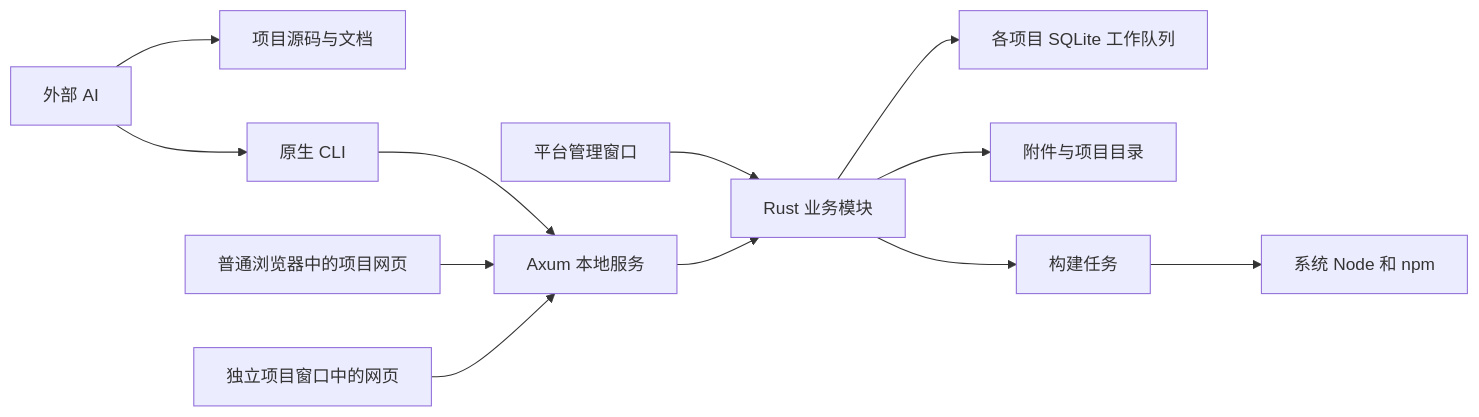
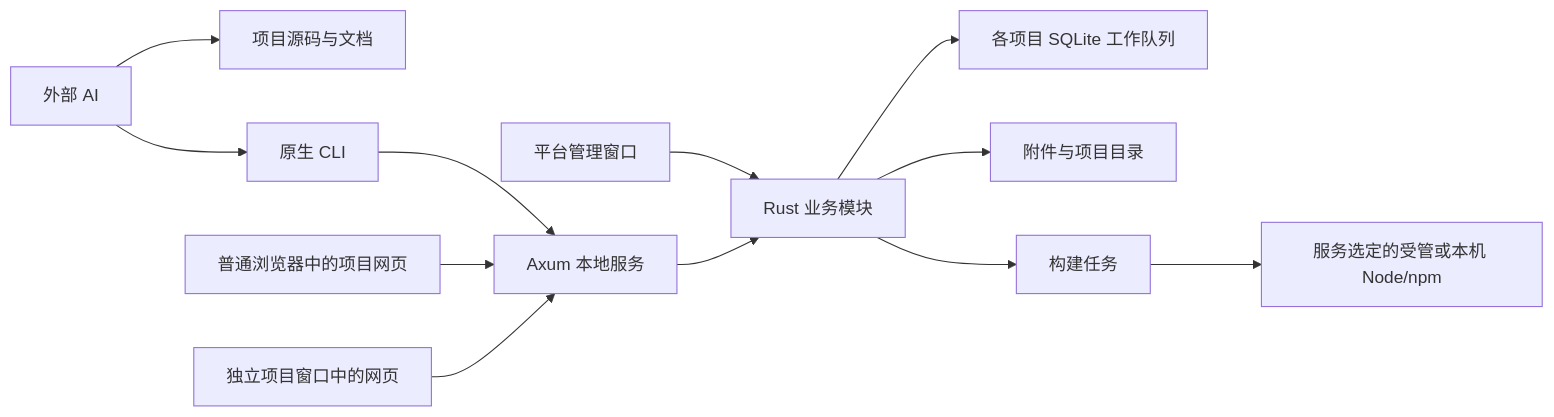
The diagram in docs/local-service-and-ai-tools.md (happypandaa/panda-drawer), drawn with Mermaid before and after one commit. The commit also changed other lines of this file and 35 other files, not shown here.

Commit message:
feat: bundle verified development Node and npm

````diff
--- a/docs/local-service-and-ai-tools.md
+++ b/docs/local-service-and-ai-tools.md
@@ -34,14 +36,14 @@
 ```mermaid
 flowchart LR
     AI[外部 AI] --> Source[项目源码与文档]
     AI --> CLI[原生 CLI]
     CLI --> Service[Axum 本地服务]
     Browser[普通浏览器中的项目网页] --> Service
     Desktop[独立项目窗口中的网页] --> Service
     Manager[平台管理窗口] --> Core
     Service --> Core[Rust 业务模块]
     Core --> DB[各项目 SQLite 工作队列]
     Core --> Files[附件与项目目录]
     Core --> Build[构建任务]
-    Build --> Node[系统 Node 和 npm]
+    Build --> Node[服务选定的受管或本机 Node/npm]
 ```
````
